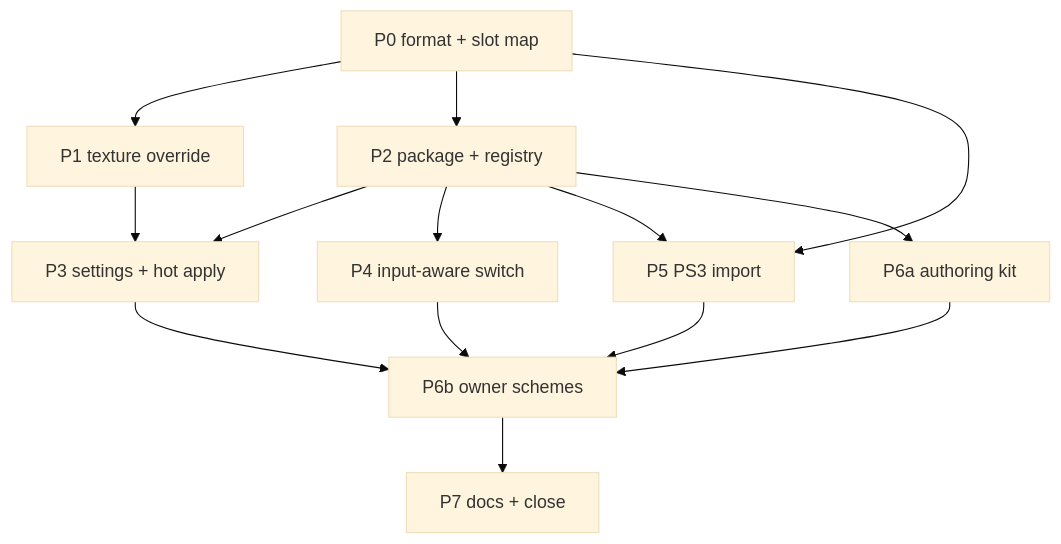
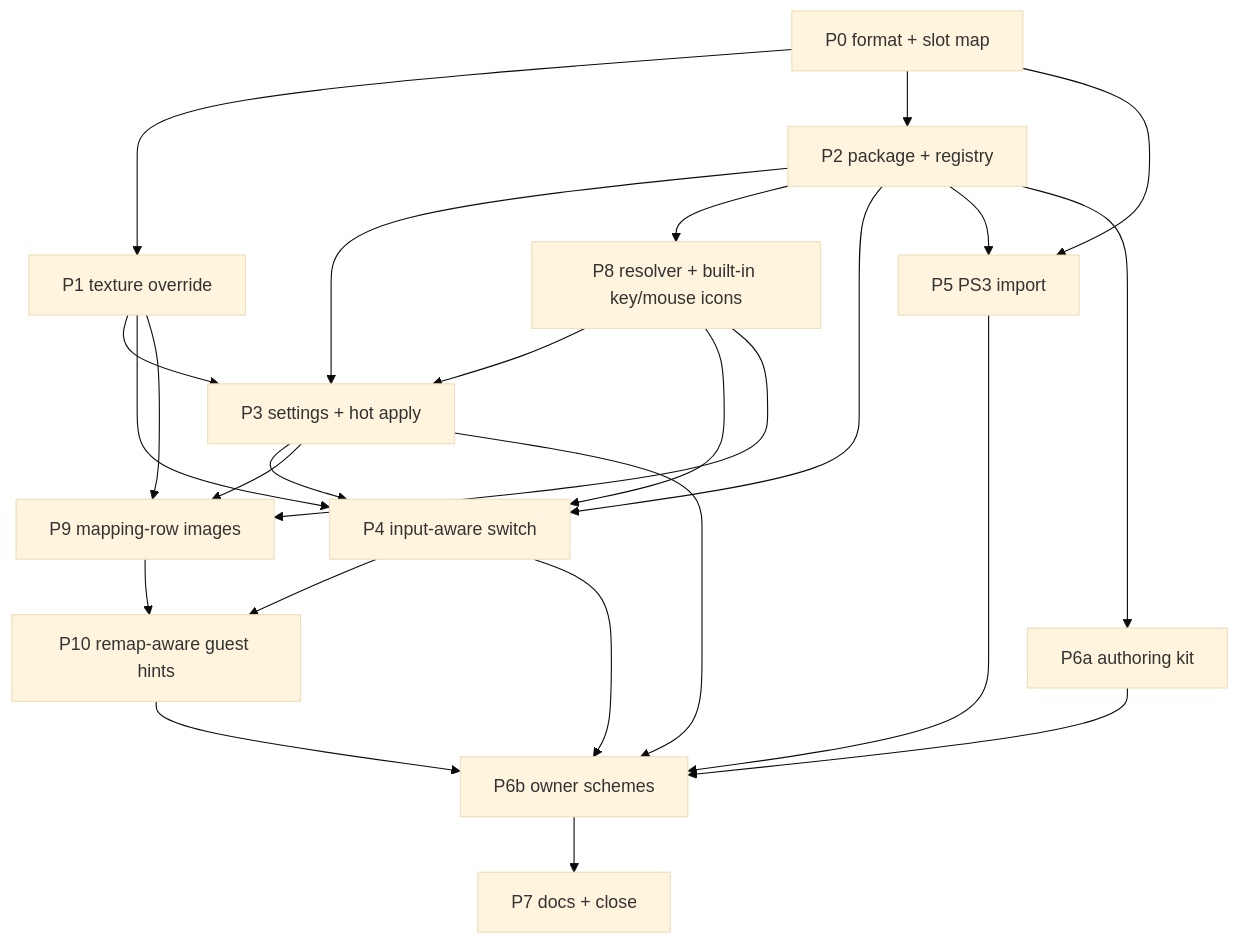
One commit to gabrielofavero/rb-blitz-xenon-recomp changed the diagram in docs/plans/in-progress/2026-10-19-button-layout-hotswap-plan.md. Above: the diagram before and after it, drawn with Mermaid (base theme). The commit also changed other lines of this file and 34 other files, not shown here.

````diff
--- a/docs/plans/in-progress/2026-10-19-button-layout-hotswap-plan.md
+++ b/docs/plans/in-progress/2026-10-19-button-layout-hotswap-plan.md
@@ -474,16 +563,27 @@
 ```mermaid
 graph TD
   P0[P0 format + slot map] --> P1[P1 texture override]
   P0 --> P2[P2 package + registry]
   P1 --> P3[P3 settings + hot apply]
   P2 --> P3
+  P2 --> P8[P8 resolver + built-in key/mouse icons]
+  P8 --> P3
   P2 --> P4[P4 input-aware switch]
+  P1 --> P4
+  P8 --> P4
+  P3 --> P4
+  P8 --> P9[P9 mapping-row images]
+  P1 --> P9
+  P3 --> P9
+  P9 --> P10[P10 remap-aware guest hints]
+  P4 --> P10
   P0 --> P5[P5 PS3 import]
   P2 --> P5
   P2 --> P6a[P6a authoring kit]
   P3 --> P6b[P6b owner schemes]
   P4 --> P6b
   P5 --> P6b
   P6a --> P6b
+  P10 --> P6b
   P6b --> P7[P7 docs + close]
 ```
````
